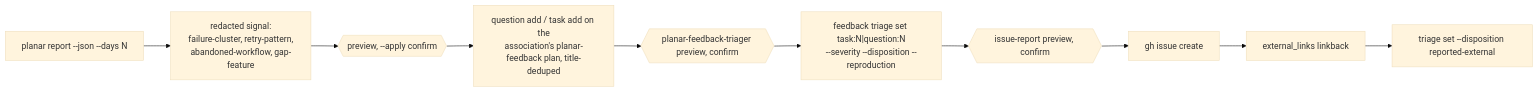
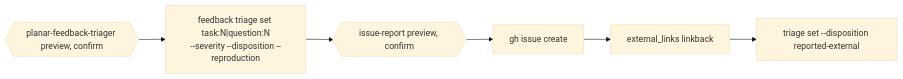
Before and after one commit to rdrsss/planar: diagram 26 of 27 in docs/lifecycles.md, drawn with Mermaid (base theme). The commit also changed other lines of this file and 68 other files, not shown here.

````diff
--- a/docs/lifecycles.md
+++ b/docs/lifecycles.md
@@ -820,11 +820,8 @@
 ```mermaid
 flowchart LR
-    I1[planar report --json --days N] --> I2[redacted signal:<br/>failure-cluster, retry-pattern,<br/>abandoned-workflow, gap-feature]
-    I2 --> I3{{preview, --apply confirm}}
-    I3 --> I4[question add / task add on the<br/>association's planar-feedback plan, title-deduped]
-    I4 --> T1{{planar-feedback-triager preview, confirm}}
+    T1{{planar-feedback-triager preview, confirm}}
     T1 --> T2["feedback triage set task:N|question:N<br/>--severity --disposition --reproduction"]
     T2 --> R1{{issue-report preview, confirm}}
     R1 --> R2[gh issue create] --> R3[external_links linkback]
     R3 --> T3[triage set --disposition reported-external]
 ```
````
